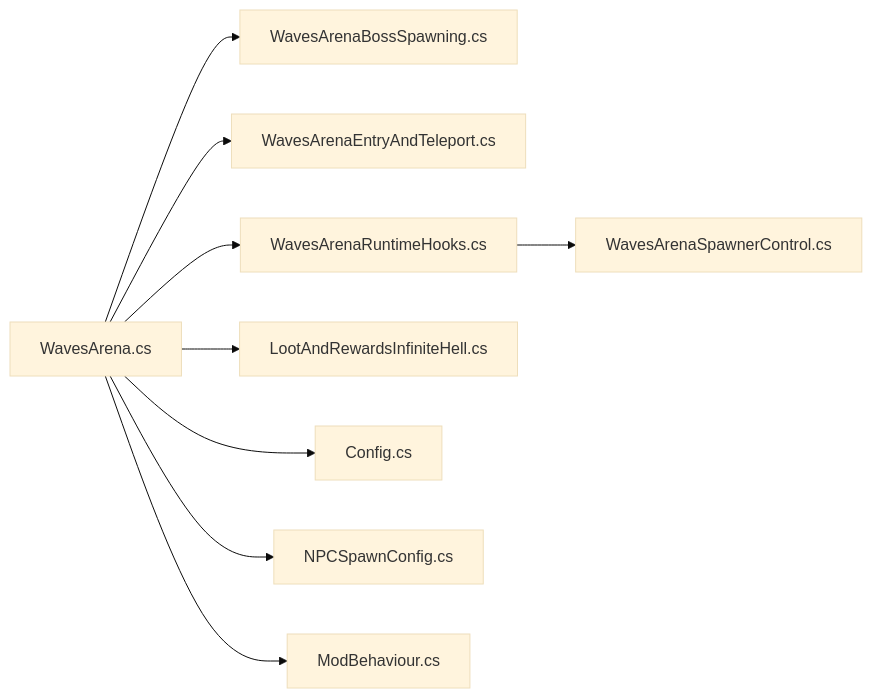
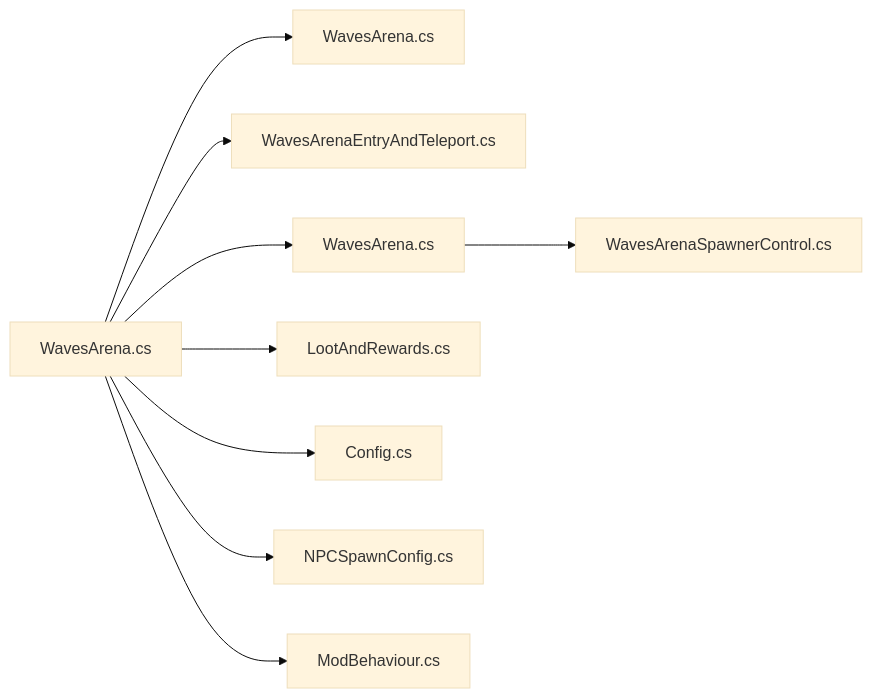
One commit to GASEN1216/BossRushMod changed the tenth of 10 diagrams in .qoder/repowiki/zh/content/项目概览/核心功能特性/游戏模式系统/标准 BossRush 模式.md. Above: the diagram before and after it, drawn with Mermaid (base theme). The commit also changed other lines of this file and 124 other files, not shown here.

````diff
--- a/.qoder/repowiki/zh/content/项目概览/核心功能特性/游戏模式系统/标准 BossRush 模式.md
+++ b/.qoder/repowiki/zh/content/项目概览/核心功能特性/游戏模式系统/标准 BossRush 模式.md
@@ -367,11 +367,11 @@
 ```mermaid
 graph LR
-WA["WavesArena.cs"] --> WBS["WavesArenaBossSpawning.cs"]
+WA["WavesArena.cs"] --> WBS["WavesArena.cs"]
 WA --> WAE["WavesArenaEntryAndTeleport.cs"]
-WA --> WARH["WavesArenaRuntimeHooks.cs"]
+WA --> WARH["WavesArena.cs"]
 WARH --> WASC["WavesArenaSpawnerControl.cs"]
-WA --> LRIH["LootAndRewardsInfiniteHell.cs"]
+WA --> LRIH["LootAndRewards.cs"]
 WA --> CFG["Config.cs"]
 WA --> NPC["NPCSpawnConfig.cs"]
 WA --> MB["ModBehaviour.cs"]
 ```
````
